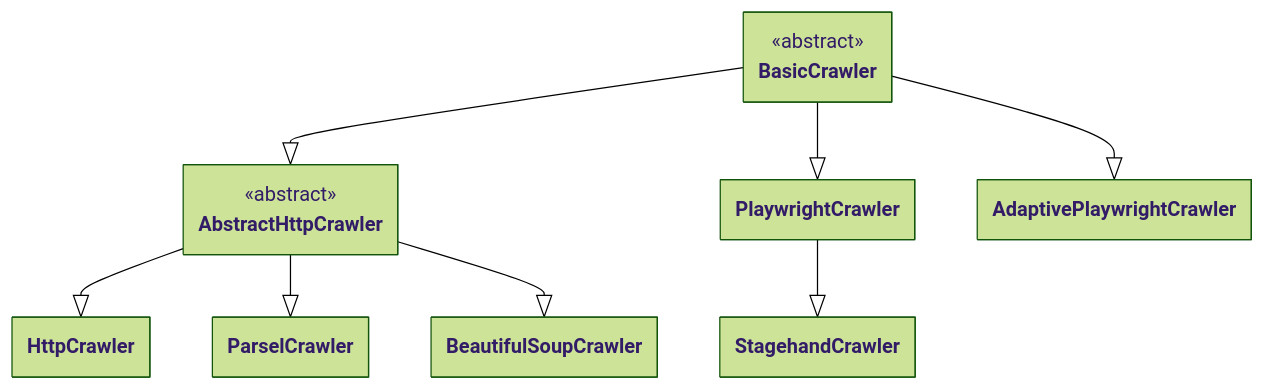
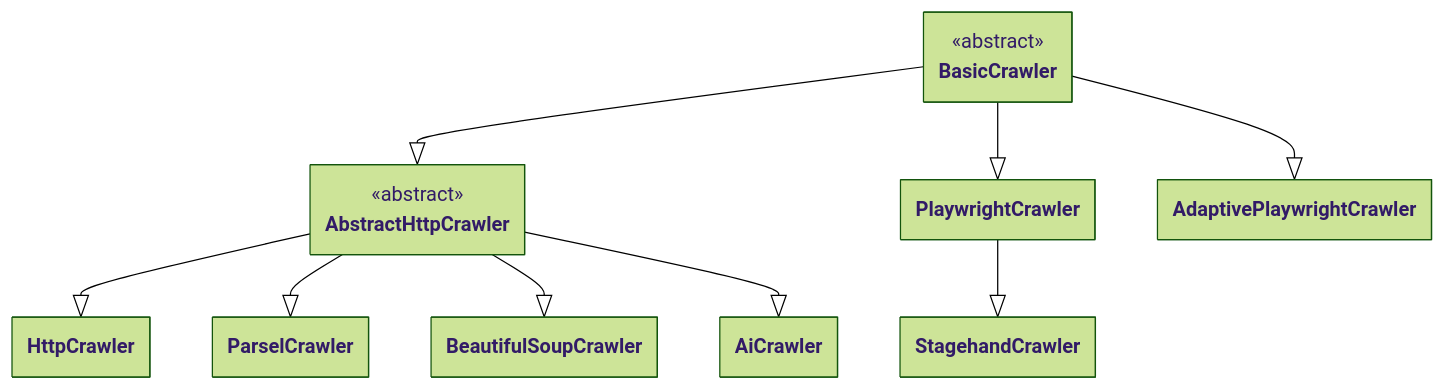
One commit to apify/crawlee-python changed the first of 5 diagrams in docs/guides/architecture_overview.mdx. Above: the diagram before and after it, drawn with Mermaid (forest theme). The commit also changed other lines of this file and 8 other files, not shown here.

````diff
--- a/docs/guides/architecture_overview.mdx
+++ b/docs/guides/architecture_overview.mdx
@@ -21,49 +21,52 @@
 ```mermaid
 ---
 config:
     class:
         hideEmptyMembersBox: true
 ---
 
 classDiagram
 
 %% ========================
 %% Abstract classes
 %% ========================
 
 class BasicCrawler {
     <<abstract>>
 }
 
 class AbstractHttpCrawler {
     <<abstract>>
 }
 
 %% ========================
 %% Specific classes
 %% ========================
 
 class HttpCrawler
 
 class ParselCrawler
 
 class BeautifulSoupCrawler
 
+class AiCrawler
+
 class PlaywrightCrawler
 
 class AdaptivePlaywrightCrawler
 
 class StagehandCrawler
 
 %% ========================
 %% Inheritance arrows
 %% ========================
 
 BasicCrawler --|> AbstractHttpCrawler
 BasicCrawler --|> PlaywrightCrawler
 BasicCrawler --|> AdaptivePlaywrightCrawler
 AbstractHttpCrawler --|> HttpCrawler
 AbstractHttpCrawler --|> ParselCrawler
 AbstractHttpCrawler --|> BeautifulSoupCrawler
+AbstractHttpCrawler --|> AiCrawler
 PlaywrightCrawler --|> StagehandCrawler
 ```
````
